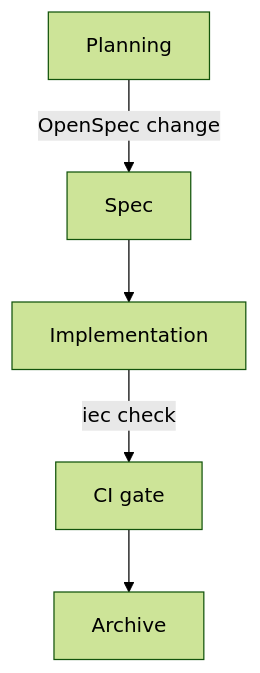
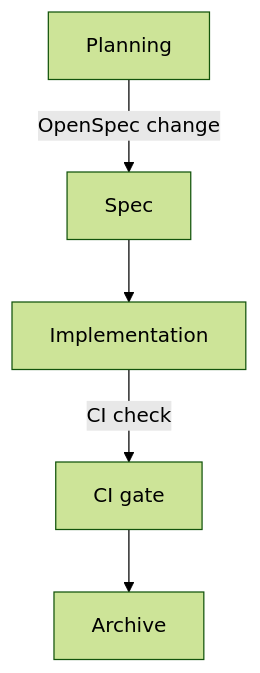
Before and after one commit to intent-engineering-for-coding-agents/book: the diagram in content/foundation/plain-text-as-code.md, drawn with Mermaid (forest theme). The commit also changed other lines of this file and 5 other files, not shown here.

````diff
--- a/content/foundation/plain-text-as-code.md
+++ b/content/foundation/plain-text-as-code.md
@@ -33,7 +33,7 @@
 ```mermaid
 graph TD
     A[Planning] -->|OpenSpec change| B[Spec]
     B --> C[Implementation]
-    C -->|iec check| D[CI gate]
+    C -->|CI check| D[CI gate]
     D --> E[Archive]
 ```
````
